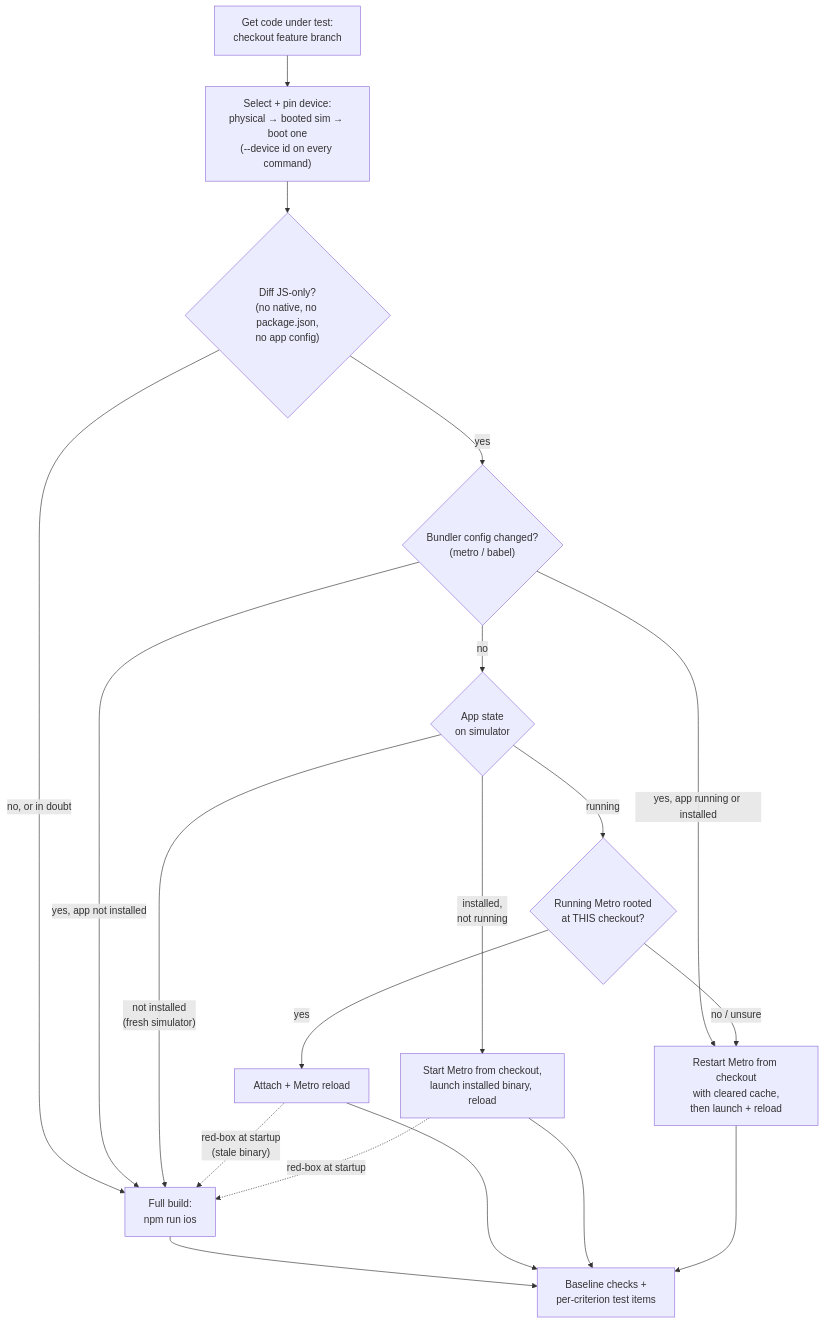
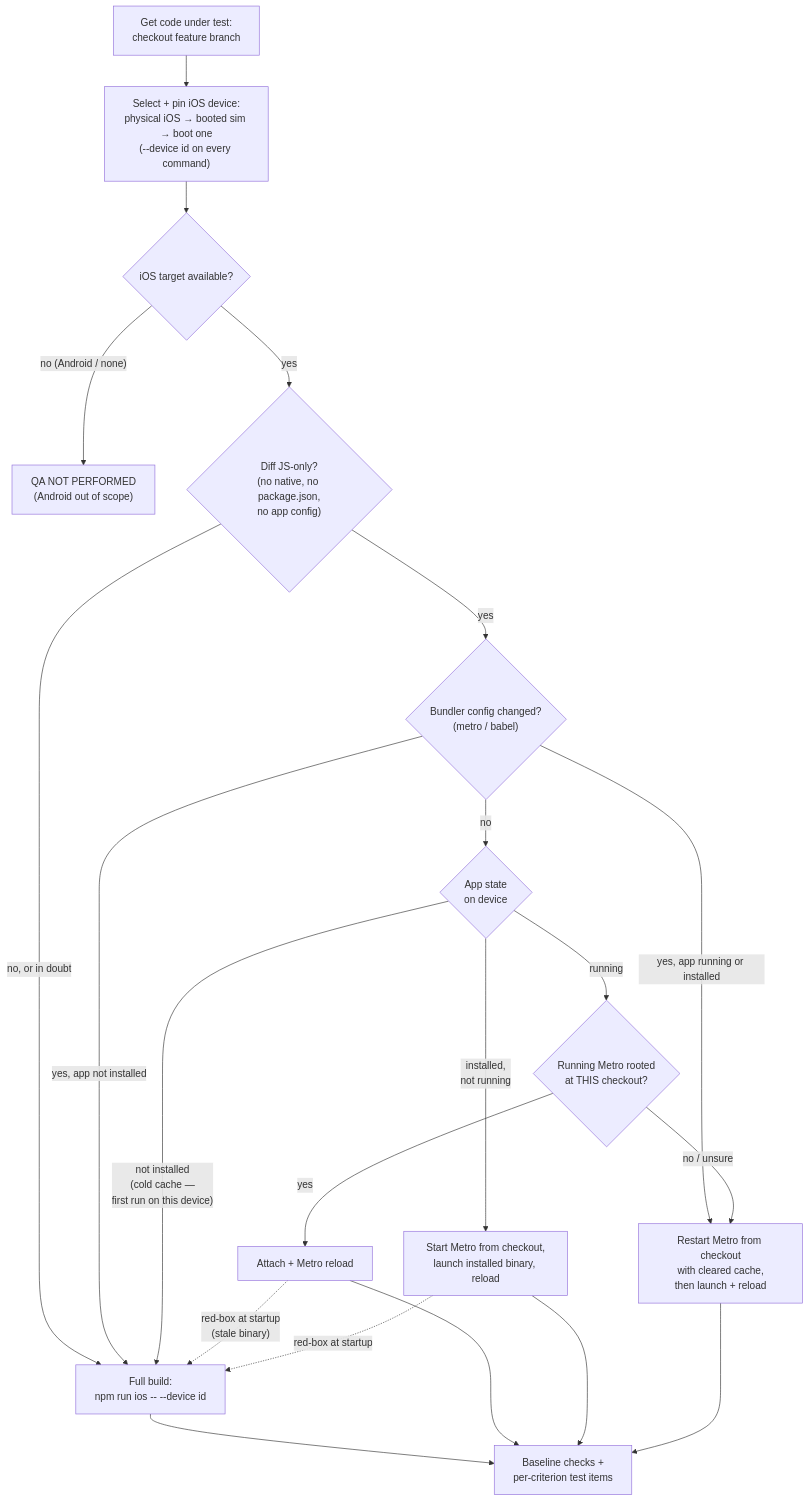
One commit to timothyrusso/ai-travel-planner-app changed the second of 2 diagrams in wiki/docs/AGENTIC_WORKFLOW.md. Above: the diagram before and after it, drawn with Mermaid. The commit also changed other lines of this file and 1 other file, not shown here.

Commit message:
fix(427): gate non-iOS targets and forward pinned device to the iOS build

````diff
--- a/wiki/docs/AGENTIC_WORKFLOW.md
+++ b/wiki/docs/AGENTIC_WORKFLOW.md
@@ -195,21 +199,23 @@
 ```mermaid
 flowchart TD
-    START["Get code under test:<br/>checkout feature branch"] --> SELECT["Select + pin device:<br/>physical → booted sim → boot one<br/>(--device id on every command)"]
-    SELECT --> JS{"Diff JS-only?<br/>(no native, no package.json,<br/>no app config)"}
-    JS -->|"no, or in doubt"| FULL["Full build:<br/>npm run ios"]
+    START["Get code under test:<br/>checkout feature branch"] --> SELECT["Select + pin iOS device:<br/>physical iOS → booted sim → boot one<br/>(--device id on every command)"]
+    SELECT --> IOS{"iOS target available?"}
+    IOS -->|"no (Android / none)"| NOTPERF["QA NOT PERFORMED<br/>(Android out of scope)"]
+    IOS -->|"yes"| JS{"Diff JS-only?<br/>(no native, no package.json,<br/>no app config)"}
+    JS -->|"no, or in doubt"| FULL["Full build:<br/>npm run ios -- --device id"]
     JS -->|"yes"| BC{"Bundler config changed?<br/>(metro / babel)"}
     BC -->|"yes, app running or installed"| RESTART["Restart Metro from checkout<br/>with cleared cache,<br/>then launch + reload"]
     BC -->|"yes, app not installed"| FULL
-    BC -->|"no"| STATE{"App state<br/>on simulator"}
+    BC -->|"no"| STATE{"App state<br/>on device"}
     STATE -->|"running"| ROOT{"Running Metro rooted<br/>at THIS checkout?"}
     ROOT -->|"yes"| ATTACH["Attach + Metro reload"]
     ROOT -->|"no / unsure"| RESTART
     STATE -->|"installed,<br/>not running"| LAUNCH["Start Metro from checkout,<br/>launch installed binary, reload"]
-    STATE -->|"not installed<br/>(fresh simulator)"| FULL
+    STATE -->|"not installed<br/>(cold cache —<br/>first run on this device)"| FULL
     FULL --> TEST["Baseline checks +<br/>per-criterion test items"]
     ATTACH --> TEST
     LAUNCH --> TEST
     RESTART --> TEST
     ATTACH -.->|"red-box at startup<br/>(stale binary)"| FULL
     LAUNCH -.->|"red-box at startup"| FULL
 ```
````
